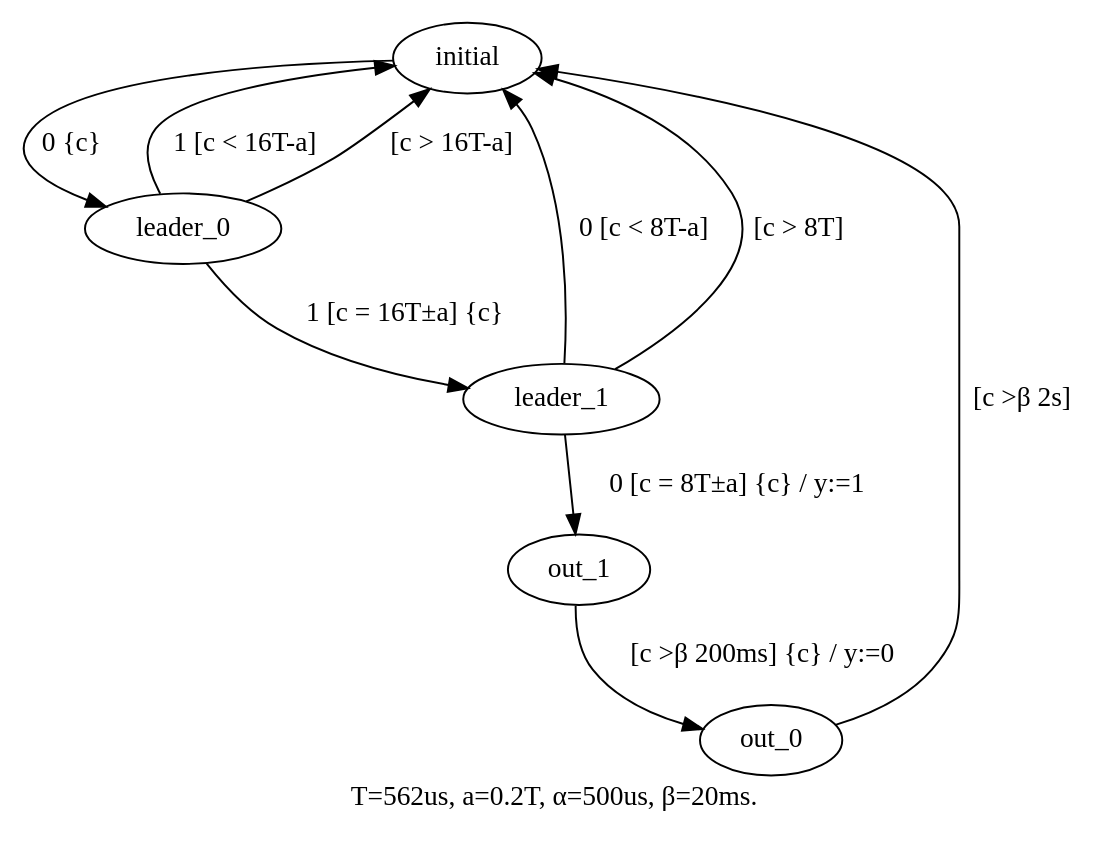
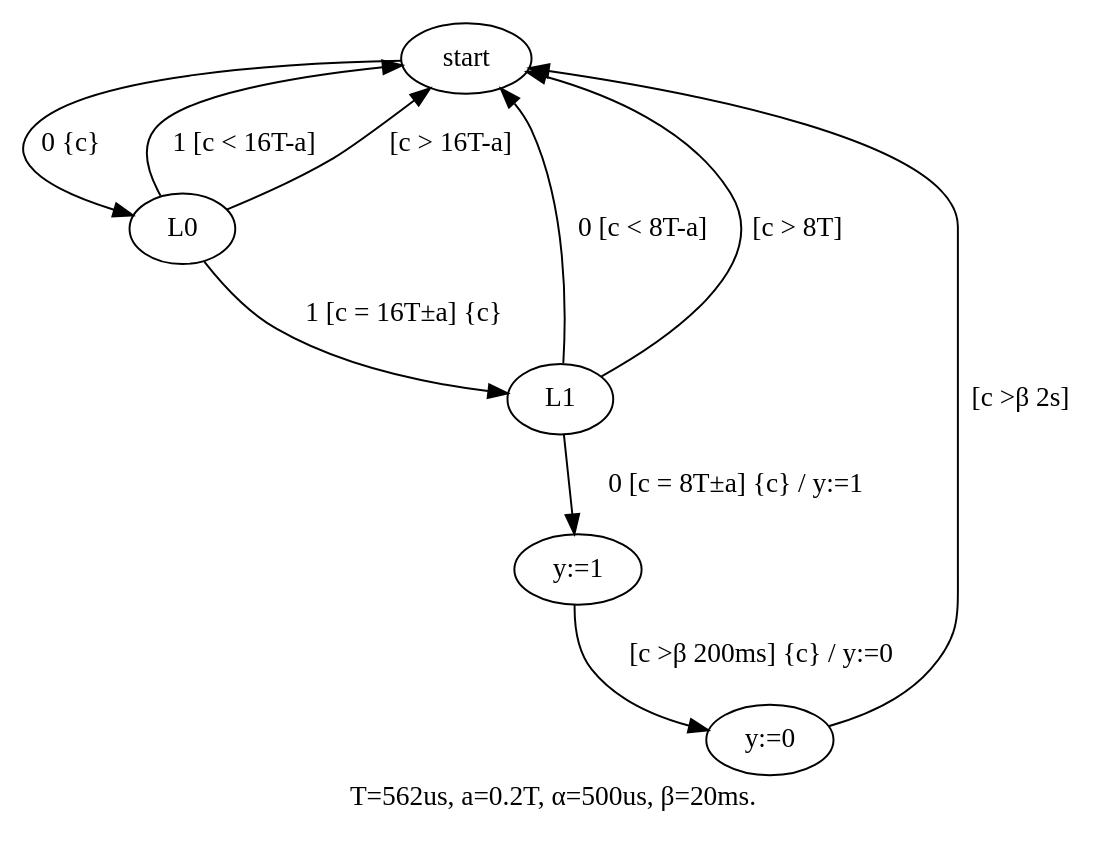
Before and after one commit to ikuo/tathdl: the diagram in examples/ir2solenoid/src/fsm.dot, drawn with Graphviz. The commit also changed 5 other files, not shown here.

```diff
--- a/examples/ir2solenoid/src/fsm.dot
+++ b/examples/ir2solenoid/src/fsm.dot
@@ -1,17 +1,17 @@
 digraph Fsm1 {
     graph [label = "T=562us, a=0.2T, α=500us, β=20ms."]
-    0 [label = "initial"]
-    1 [label = "leader_0"]
-    2 [label = "leader_1"]
-    3 [label = "out_1"]
-    4 [label = "out_0"]
-    0 -> 1 [label = "0 {c}"]
-    1 -> 0 [label = "1 [c < 16T-a]"]
-    1 -> 2 [label = "1 [c = 16T±a] {c}"]
-    1 -> 0 [label = "[c > 16T-a]"]
-    2 -> 0 [label = "0 [c < 8T-a]"]
-    2 -> 3 [label = "0 [c = 8T±a] {c} / y:=1"]
-    2 -> 0 [label = "[c > 8T]"]
-    3 -> 4 [label = "[c >β 200ms] {c} / y:=0"]
-    4 -> 0 [label = "[c >β 2s]"]
+    0  [label = "start"];
+    L0;
+    L1;
+    Y1 [label = "y:=1"];
+    Y2 [label = "y:=0"];
+     0 -> L0 [label = "0 {c}"]
+    L0 ->  0 [label = "1 [c < 16T-a]"]
+    L0 -> L1 [label = "1 [c = 16T±a] {c}"]
+    L0 ->  0 [label = "[c > 16T-a]"]
+    L1 ->  0 [label = "0 [c < 8T-a]"]
+    L1 -> Y1 [label = "0 [c = 8T±a] {c} / y:=1"]
+    L1 ->  0 [label = "[c > 8T]"]
+    Y1 -> Y2 [label = "[c >β 200ms] {c} / y:=0"]
+    Y2 ->  0 [label = "[c >β 2s]"]
 }
```
